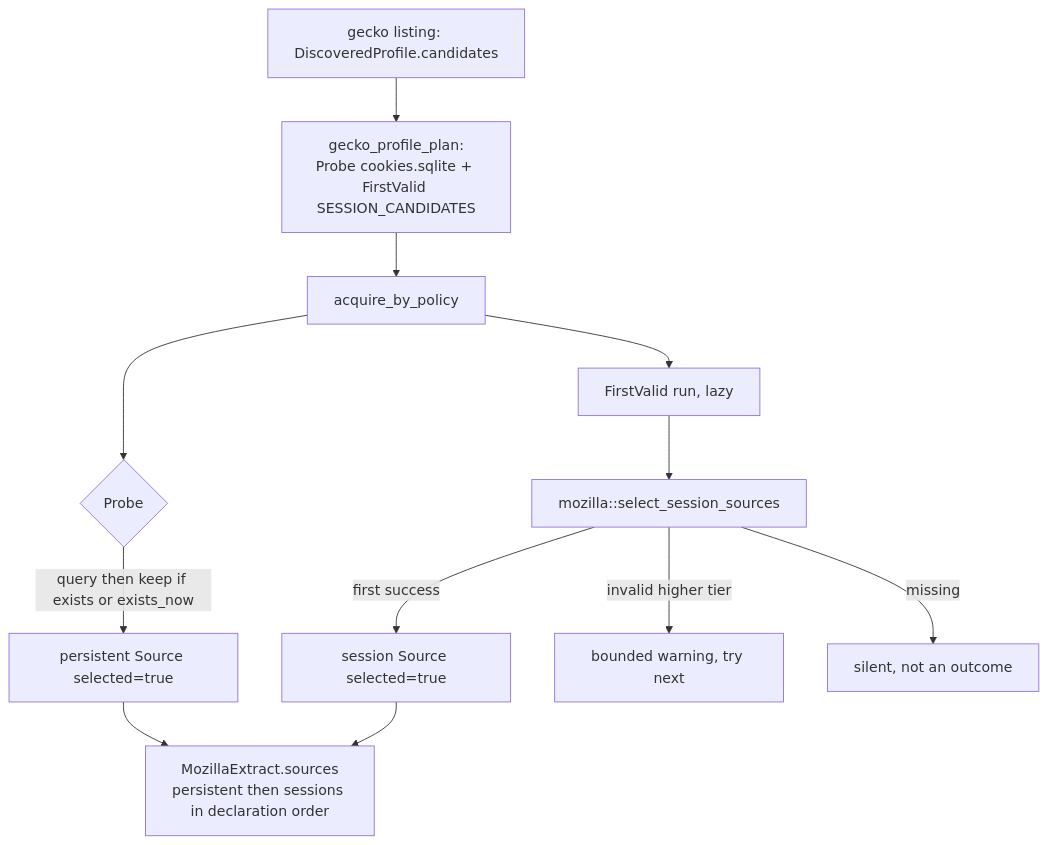
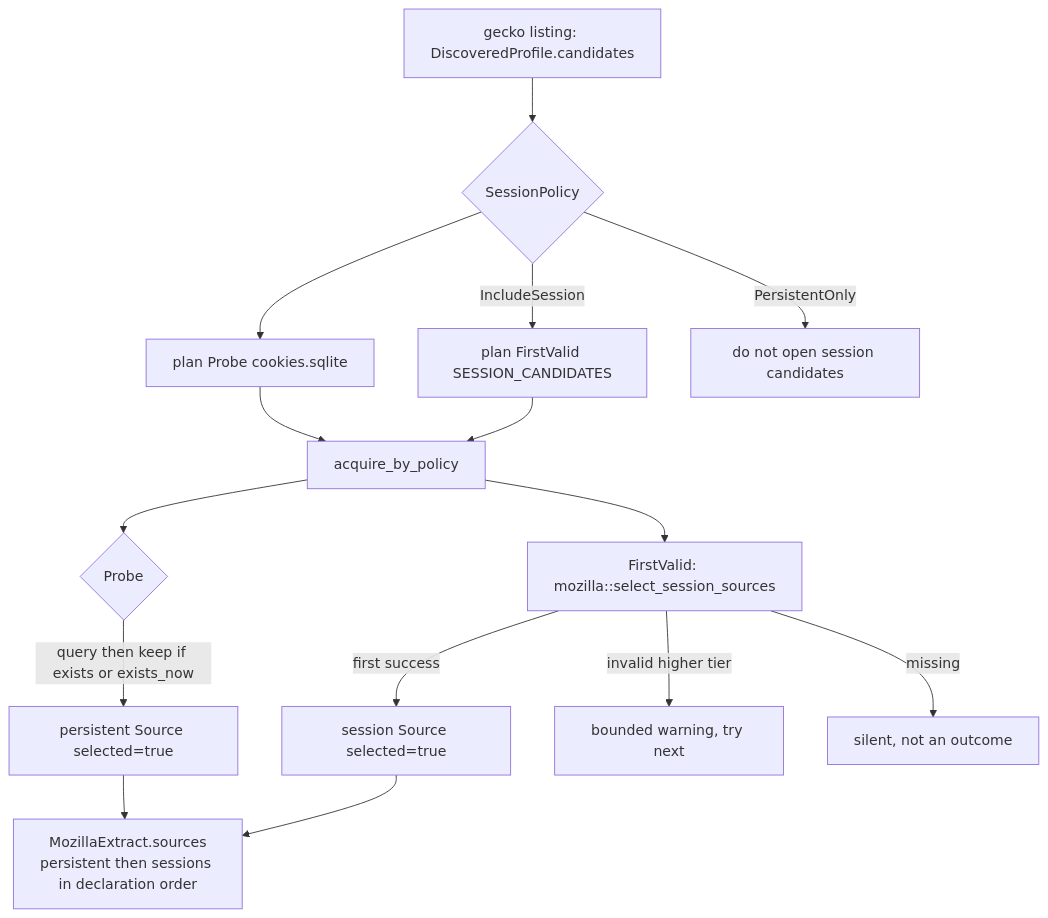
Diagram 15 of 16 in docs/architecture.md (teng-lin/rookie), drawn with Mermaid before and after one commit. The commit also changed other lines of this file and 24 other files, not shown here.

Commit message:
docs: refresh architecture after projection job cleanup

````diff
--- a/docs/architecture.md
+++ b/docs/architecture.md
@@ -1307,16 +1382,21 @@
 ```mermaid
 flowchart TD
   LIST["gecko listing: DiscoveredProfile.candidates"]
-  PLAN["gecko_profile_plan:<br/>Probe cookies.sqlite + FirstValid SESSION_CANDIDATES"]
-  LIST --> PLAN
-  PLAN --> ACQ["acquire_by_policy"]
+  POLICY{"SessionPolicy"}
+  PERSIST["plan Probe cookies.sqlite"]
+  SESSION["plan FirstValid SESSION_CANDIDATES"]
+  LIST --> POLICY
+  POLICY --> PERSIST
+  POLICY -->|IncludeSession| SESSION
+  POLICY -->|PersistentOnly| NOSESS["do not open session candidates"]
+  PERSIST --> ACQ["acquire_by_policy"]
+  SESSION --> ACQ
   ACQ --> PRB{Probe}
   PRB -->|query then keep if exists or exists_now| PERS["persistent Source selected=true"]
-  ACQ --> FV["FirstValid run, lazy"]
-  FV --> SEL["mozilla::select_session_sources"]
+  ACQ --> SEL["FirstValid: mozilla::select_session_sources"]
   SEL -->|first success| SESS["session Source selected=true"]
   SEL -->|invalid higher tier| WARN["bounded warning, try next"]
   SEL -->|missing| SILENT["silent, not an outcome"]
   PERS --> EXT["MozillaExtract.sources<br/>persistent then sessions in declaration order"]
   SESS --> EXT
 ```
````
